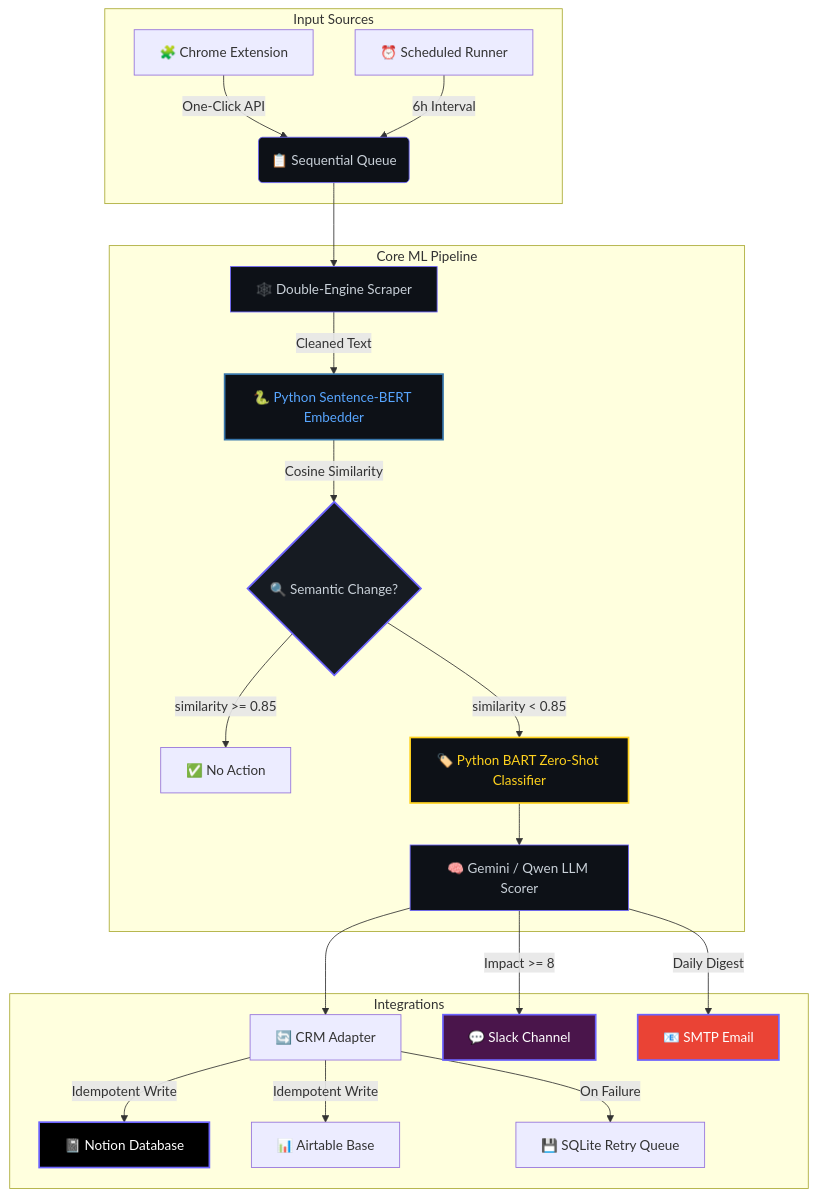
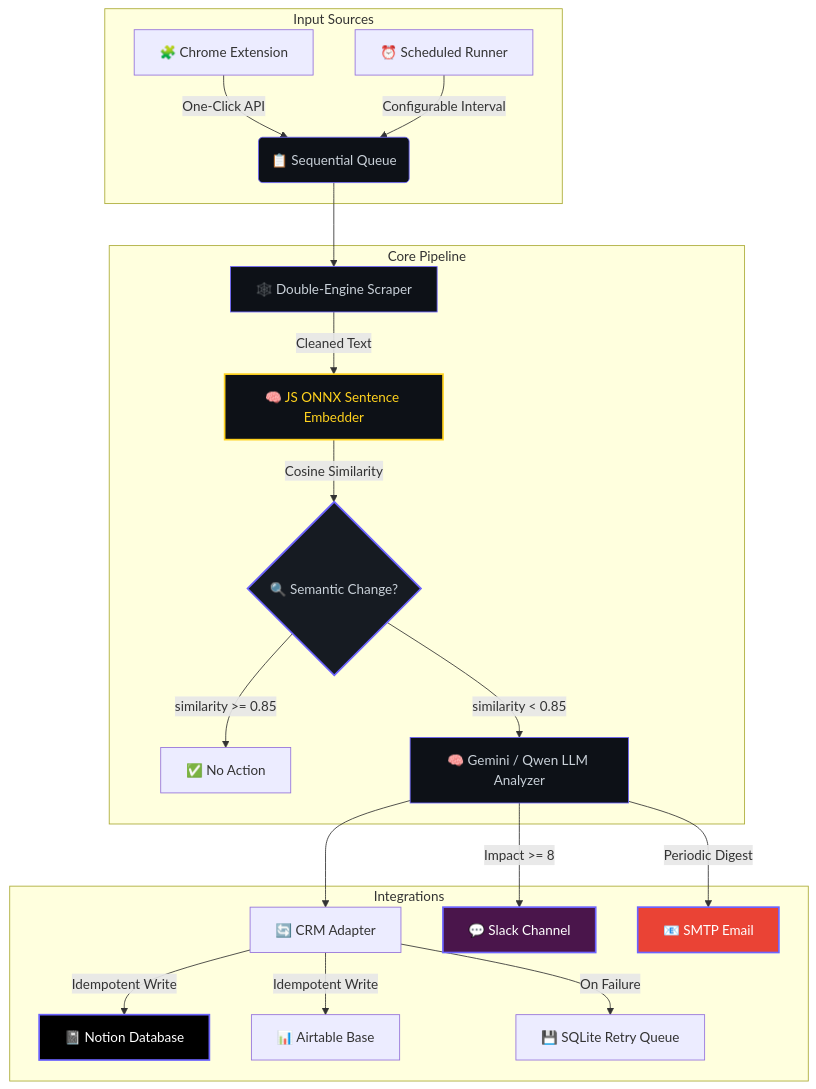
One commit to NitheshK4/Autonomous-Competitor-Intelligence-Engine changed the first of 2 diagrams in README.md. Above: the diagram before and after it, drawn with Mermaid. The commit also changed other lines of this file, not shown here.

````diff
--- a/README.md
+++ b/README.md
@@ -60,35 +60,33 @@
 ```mermaid
 graph TD
     subgraph Input Sources
         A["🧩 Chrome Extension"] -->|"One-Click API"| B("📋 Sequential Queue")
-        C["⏰ Scheduled Runner"] -->|"6h Interval"| B
+        C["⏰ Scheduled Runner"] -->|"Configurable Interval"| B
     end
 
-    subgraph Core ML Pipeline
+    subgraph Core Pipeline
         B --> D["🕸️ Double-Engine Scraper"]
-        D -->|"Cleaned Text"| E["🐍 Python Sentence-BERT Embedder"]
+        D -->|"Cleaned Text"| E["🧠 JS ONNX Sentence Embedder"]
         E -->|"Cosine Similarity"| F{"🔍 Semantic Change?"}
         F -->|"similarity >= 0.85"| G["✅ No Action"]
-        F -->|"similarity < 0.85"| H["🏷️ Python BART Zero-Shot Classifier"]
-        H --> I["🧠 Gemini / Qwen LLM Scorer"]
+        F -->|"similarity < 0.85"| H["🧠 Gemini / Qwen LLM Analyzer"]
     end
 
     subgraph Integrations
-        I --> J["🔄 CRM Adapter"]
+        H --> J["🔄 CRM Adapter"]
         J -->|"Idempotent Write"| K["📓 Notion Database"]
         J -->|"Idempotent Write"| L["📊 Airtable Base"]
         J -->|"On Failure"| M["💾 SQLite Retry Queue"]
-        I -->|"Impact >= 8"| N["💬 Slack Channel"]
-        I -->|"Daily Digest"| O["📧 SMTP Email"]
+        H -->|"Impact >= 8"| N["💬 Slack Channel"]
+        H -->|"Periodic Digest"| O["📧 SMTP Email"]
     end
 
     style K fill:#000000,stroke:#6C63FF,stroke-width:2px,color:#fff
     style N fill:#4A154B,stroke:#6C63FF,stroke-width:2px,color:#fff
     style O fill:#EA4335,stroke:#6C63FF,stroke-width:2px,color:#fff
     style B fill:#0d1117,stroke:#6C63FF,stroke-width:1px,color:#c9d1d9
     style D fill:#0d1117,stroke:#6C63FF,stroke-width:1px,color:#c9d1d9
-    style E fill:#0d1117,stroke:#3776AB,stroke-width:2px,color:#58a6ff
-    style H fill:#0d1117,stroke:#FFD21E,stroke-width:2px,color:#FFD21E
-    style I fill:#0d1117,stroke:#6C63FF,stroke-width:1px,color:#c9d1d9
+    style E fill:#0d1117,stroke:#FFD21E,stroke-width:2px,color:#FFD21E
+    style H fill:#0d1117,stroke:#6C63FF,stroke-width:1px,color:#c9d1d9
     style F fill:#161b22,stroke:#6C63FF,stroke-width:2px,color:#c9d1d9
 ```
````
